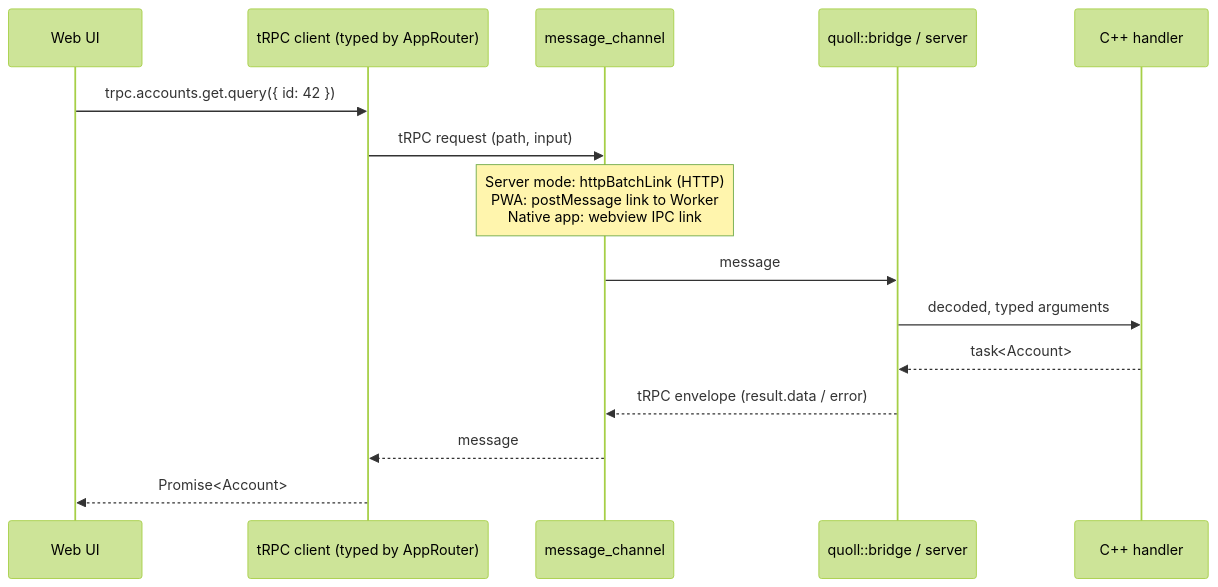
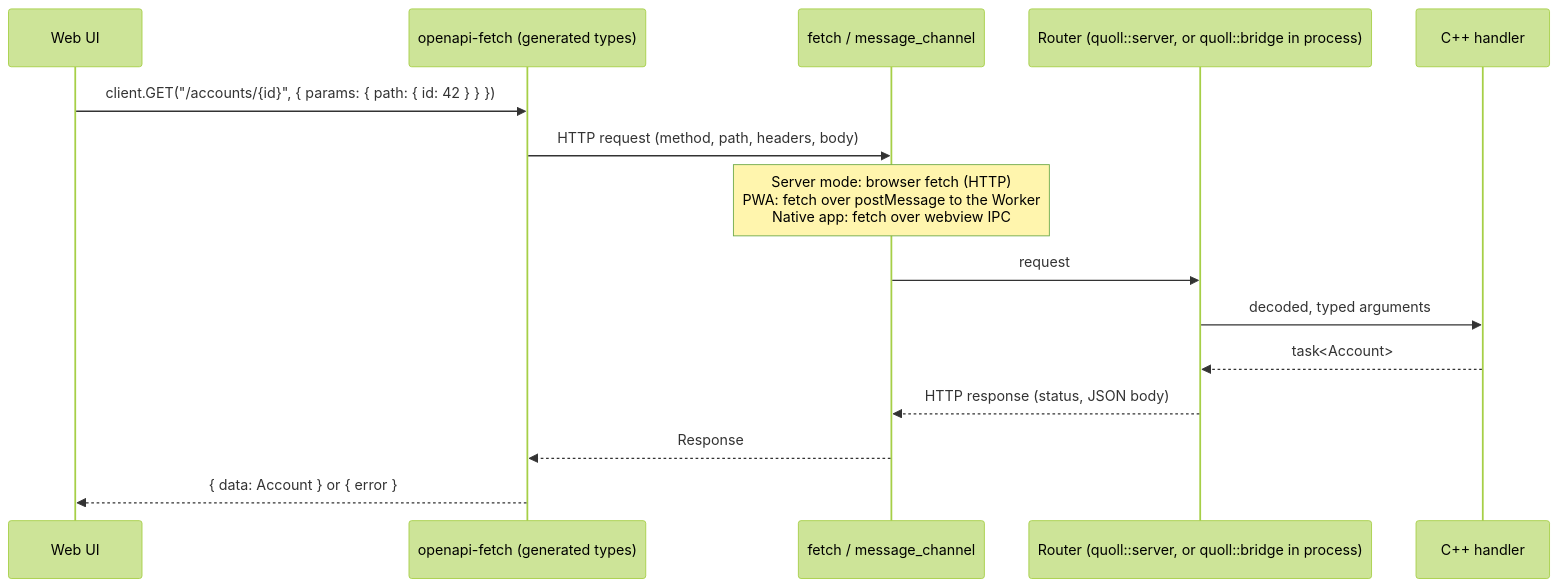
The seventh of 8 diagrams in docs/PLAN.md (4thlabs/quoll), drawn with Mermaid (forest theme) before and after one commit. The commit also changed other lines of this file and 2 other files, not shown here.

First line of the commit message:
Plan: OpenAPI instead of tRPC for the TypeScript side

````diff
--- a/docs/PLAN.md
+++ b/docs/PLAN.md
@@ -215,18 +214,18 @@
 ```mermaid
 sequenceDiagram
   participant UI as Web UI
-  participant TS as tRPC client (typed by AppRouter)
-  participant CH as message_channel
-  participant D as quoll::bridge / server
+  participant TS as openapi-fetch (generated types)
+  participant CH as fetch / message_channel
+  participant R as Router (quoll::server, or quoll::bridge in process)
   participant H as C++ handler
 
-  UI->>TS: trpc.accounts.get.query({ id: 42 })
-  TS->>CH: tRPC request (path, input)
-  Note over CH: Server mode: httpBatchLink (HTTP)<br/>PWA: postMessage link to Worker<br/>Native app: webview IPC link
-  CH->>D: message
-  D->>H: decoded, typed arguments
-  H-->>D: task<Account>
-  D-->>CH: tRPC envelope (result.data / error)
-  CH-->>TS: message
-  TS-->>UI: Promise<Account>
+  UI->>TS: client.GET("/accounts/{id}", { params: { path: { id: 42 } } })
+  TS->>CH: HTTP request (method, path, headers, body)
+  Note over CH: Server mode: browser fetch (HTTP)<br/>PWA: fetch over postMessage to the Worker<br/>Native app: fetch over webview IPC
+  CH->>R: request
+  R->>H: decoded, typed arguments
+  H-->>R: task<Account>
+  R-->>CH: HTTP response (status, JSON body)
+  CH-->>TS: Response
+  TS-->>UI: { data: Account } or { error }
 ```
````
